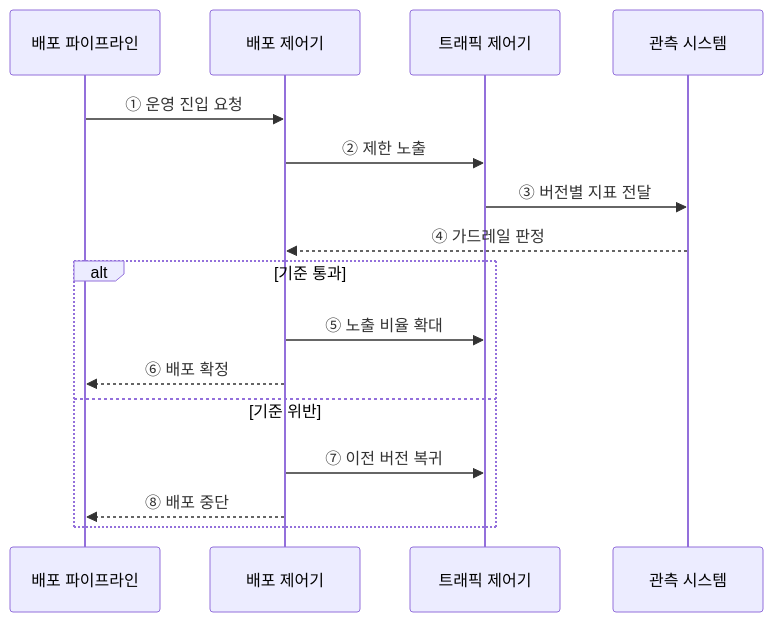
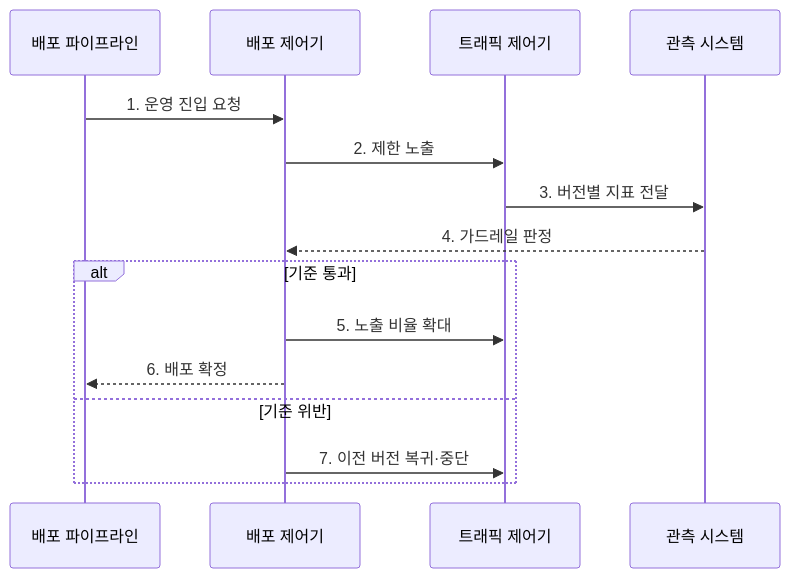
One commit to agnusdei1207/knowledge-base changed the second of 2 diagrams in src/content/docs/notes/03-software/054_continuous_deployment.md. Above: the diagram before and after it, drawn with Mermaid. The commit also changed other lines of this file and 20 other files, not shown here.

````diff
--- a/src/content/docs/notes/03-software/054_continuous_deployment.md
+++ b/src/content/docs/notes/03-software/054_continuous_deployment.md
@@ -71,18 +81,17 @@
 ```mermaid
 sequenceDiagram
     participant P as 배포 파이프라인
     participant D as 배포 제어기
     participant T as 트래픽 제어기
     participant O as 관측 시스템
-    P->>D: ① 운영 진입 요청
-    D->>T: ② 제한 노출
-    T->>O: ③ 버전별 지표 전달
-    O-->>D: ④ 가드레일 판정
+    P->>D: 1. 운영 진입 요청
+    D->>T: 2. 제한 노출
+    T->>O: 3. 버전별 지표 전달
+    O-->>D: 4. 가드레일 판정
     alt 기준 통과
-        D->>T: ⑤ 노출 비율 확대
-        D-->>P: ⑥ 배포 확정
+        D->>T: 5. 노출 비율 확대
+        D-->>P: 6. 배포 확정
     else 기준 위반
-        D->>T: ⑦ 이전 버전 복귀
-        D-->>P: ⑧ 배포 중단
+        D->>T: 7. 이전 버전 복귀·중단
     end
 ```
````
